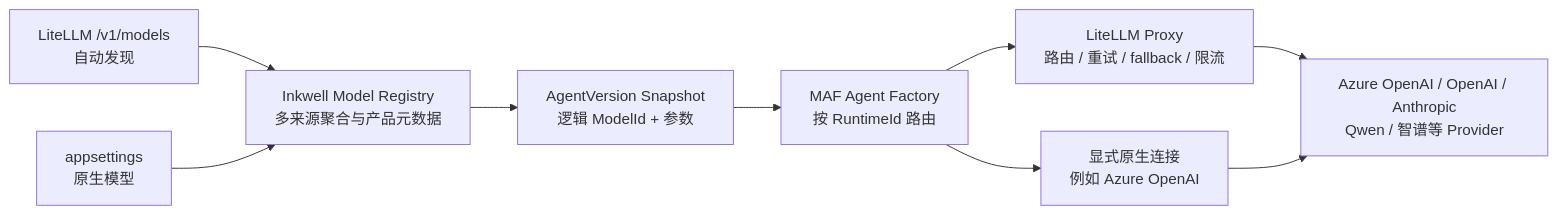
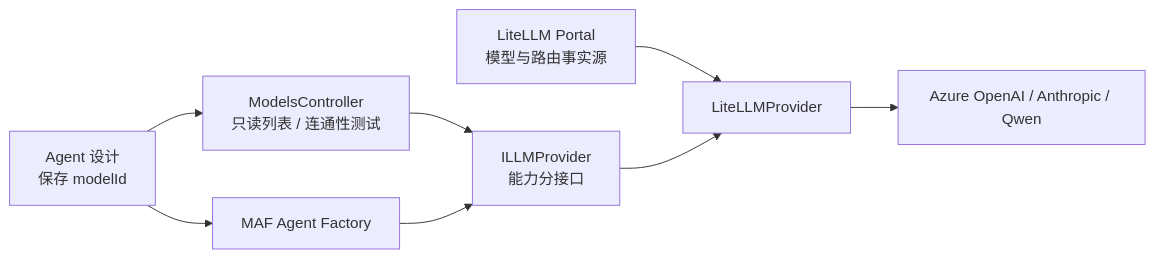
One commit to shuaihuadu/inkwell changed the diagram in docs/03-architecture/adr/ADR-026-model-gateway-litellm.md. Above: the diagram before and after it, drawn with Mermaid. The commit also changed other lines of this file and 209 other files, not shown here.

First line of the commit message:
feat: add LiteLLM model provider

````diff
--- a/docs/03-architecture/adr/ADR-026-model-gateway-litellm.md
+++ b/docs/03-architecture/adr/ADR-026-model-gateway-litellm.md
@@ -34,20 +34,18 @@
 ```mermaid
 flowchart LR
-    Registry["Inkwell Model Registry<br/>多来源聚合与产品元数据"]
-    LiteSource["LiteLLM /v1/models<br/>自动发现"]
-    ConfigSource["appsettings<br/>原生模型"]
-    Snapshot["AgentVersion Snapshot<br/>逻辑 ModelId + 参数"]
-    Runtime["MAF Agent Factory<br/>按 RuntimeId 路由"]
-    Gateway["LiteLLM Proxy<br/>路由 / 重试 / fallback / 限流"]
-    Native["显式原生连接<br/>例如 Azure OpenAI"]
-    Providers["Azure OpenAI / OpenAI / Anthropic<br/>Qwen / 智谱等 Provider"]
+    Portal["LiteLLM Portal<br/>模型与路由事实源"]
+    API["ModelsController<br/>只读列表 / 连通性测试"]
+    Design["Agent 设计<br/>保存 modelId"]
+    Factory["MAF Agent Factory"]
+    Port["ILLMProvider<br/>能力分接口"]
+    Lite["LiteLLMProvider"]
+    Upstream["Azure OpenAI / Anthropic / Qwen"]
 
-    LiteSource --> Registry
-    ConfigSource --> Registry
-    Registry --> Snapshot
-    Snapshot --> Runtime
-    Runtime --> Gateway
-    Runtime --> Native
-    Gateway --> Providers
-    Native --> Providers
+    Portal --> Lite
+    API --> Port
+    Design --> API
+    Design --> Factory
+    Factory --> Port
+    Port --> Lite
+    Lite --> Upstream
 ```
````
